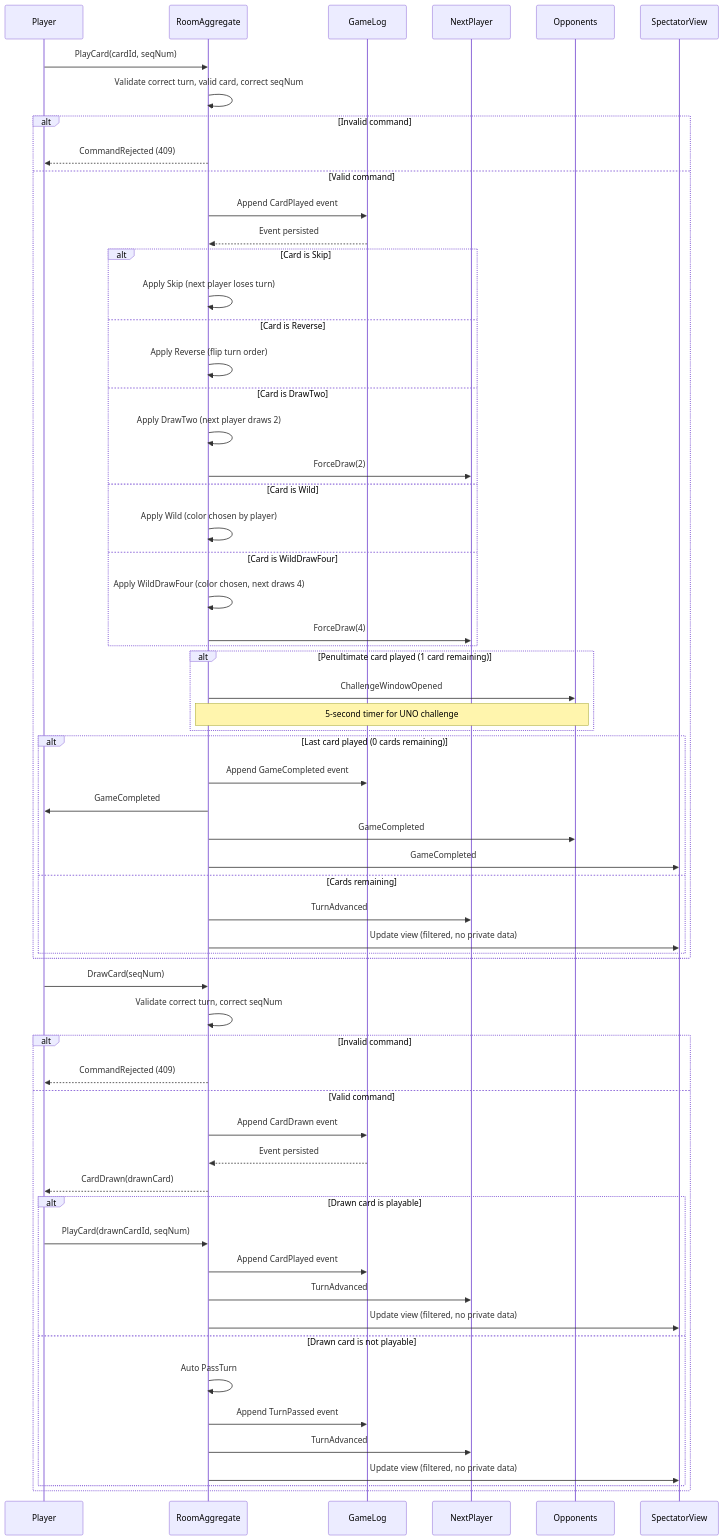
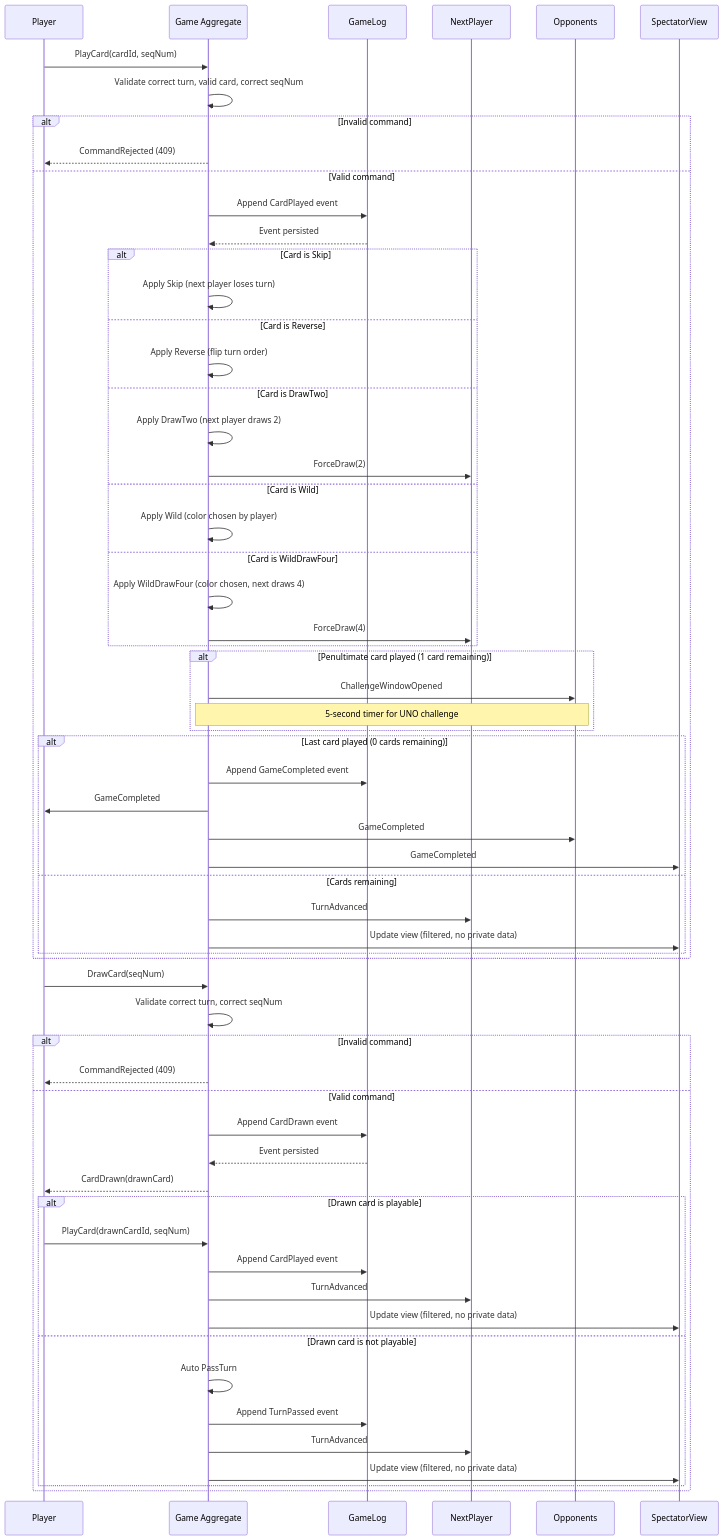
Before and after one commit to berni-245/UnoArena: the diagram in spec/diagrams/game-turn-sequence.md, drawn with Mermaid. The commit also changed 1 other file, not shown here.

Commit message:
feat(spec): rename RoomAggregate to GameAggregate and add new domain events for throttling, reconnection, cancellation, rating, and audit detection

````diff
--- a/spec/diagrams/game-turn-sequence.md
+++ b/spec/diagrams/game-turn-sequence.md
@@ -3,73 +3,73 @@
 ```mermaid
 sequenceDiagram
     participant Player
-    participant RoomAggregate
+    participant GameAggregate as Game Aggregate
     participant GameLog
     participant NextPlayer
     participant Opponents
     participant SpectatorView
 
     %% === Play Card Path ===
-    Player->>RoomAggregate: PlayCard(cardId, seqNum)
-    RoomAggregate->>RoomAggregate: Validate correct turn, valid card, correct seqNum
+    Player->>GameAggregate: PlayCard(cardId, seqNum)
+    GameAggregate->>GameAggregate: Validate correct turn, valid card, correct seqNum
 
     alt Invalid command
-        RoomAggregate-->>Player: CommandRejected (409)
+        GameAggregate-->>Player: CommandRejected (409)
     else Valid command
-        RoomAggregate->>GameLog: Append CardPlayed event
-        GameLog-->>RoomAggregate: Event persisted
+        GameAggregate->>GameLog: Append CardPlayed event
+        GameLog-->>GameAggregate: Event persisted
 
         alt Card is Skip
-            RoomAggregate->>RoomAggregate: Apply Skip (next player loses turn)
+            GameAggregate->>GameAggregate: Apply Skip (next player loses turn)
         else Card is Reverse
-            RoomAggregate->>RoomAggregate: Apply Reverse (flip turn order)
+            GameAggregate->>GameAggregate: Apply Reverse (flip turn order)
         else Card is DrawTwo
-            RoomAggregate->>RoomAggregate: Apply DrawTwo (next player draws 2)
-            RoomAggregate->>NextPlayer: ForceDraw(2)
+            GameAggregate->>GameAggregate: Apply DrawTwo (next player draws 2)
+            GameAggregate->>NextPlayer: ForceDraw(2)
         else Card is Wild
-            RoomAggregate->>RoomAggregate: Apply Wild (color chosen by player)
+            GameAggregate->>GameAggregate: Apply Wild (color chosen by player)
         else Card is WildDrawFour
-            RoomAggregate->>RoomAggregate: Apply WildDrawFour (color chosen, next draws 4)
-            RoomAggregate->>NextPlayer: ForceDraw(4)
+            GameAggregate->>GameAggregate: Apply WildDrawFour (color chosen, next draws 4)
+            GameAggregate->>NextPlayer: ForceDraw(4)
         end
 
         alt Penultimate card played (1 card remaining)
-            RoomAggregate->>Opponents: ChallengeWindowOpened
-            Note over RoomAggregate,Opponents: 5-second timer for UNO challenge
+            GameAggregate->>Opponents: ChallengeWindowOpened
+            Note over GameAggregate,Opponents: 5-second timer for UNO challenge
         end
 
         alt Last card played (0 cards remaining)
-            RoomAggregate->>GameLog: Append GameCompleted event
-            RoomAggregate->>Player: GameCompleted
-            RoomAggregate->>Opponents: GameCompleted
-            RoomAggregate->>SpectatorView: GameCompleted
+            GameAggregate->>GameLog: Append GameCompleted event
+            GameAggregate->>Player: GameCompleted
+            GameAggregate->>Opponents: GameCompleted
+            GameAggregate->>SpectatorView: GameCompleted
         else Cards remaining
-            RoomAggregate->>NextPlayer: TurnAdvanced
-            RoomAggregate->>SpectatorView: Update view (filtered, no private data)
+            GameAggregate->>NextPlayer: TurnAdvanced
+            GameAggregate->>SpectatorView: Update view (filtered, no private data)
         end
     end
 
     %% === Draw Card Path ===
-    Player->>RoomAggregate: DrawCard(seqNum)
-    RoomAggregate->>RoomAggregate: Validate correct turn, correct seqNum
+    Player->>GameAggregate: DrawCard(seqNum)
+    GameAggregate->>GameAggregate: Validate correct turn, correct seqNum
 
     alt Invalid command
-        RoomAggregate-->>Player: CommandRejected (409)
+        GameAggregate-->>Player: CommandRejected (409)
     else Valid command
-        RoomAggregate->>GameLog: Append CardDrawn event
-        GameLog-->>RoomAggregate: Event persisted
-        RoomAggregate-->>Player: CardDrawn(drawnCard)
+        GameAggregate->>GameLog: Append CardDrawn event
+        GameLog-->>GameAggregate: Event persisted
+        GameAggregate-->>Player: CardDrawn(drawnCard)
 
         alt Drawn card is playable
-            Player->>RoomAggregate: PlayCard(drawnCardId, seqNum)
-            RoomAggregate->>GameLog: Append CardPlayed event
-            RoomAggregate->>NextPlayer: TurnAdvanced
-            RoomAggregate->>SpectatorView: Update view (filtered, no private data)
+            Player->>GameAggregate: PlayCard(drawnCardId, seqNum)
+            GameAggregate->>GameLog: Append CardPlayed event
+            GameAggregate->>NextPlayer: TurnAdvanced
+            GameAggregate->>SpectatorView: Update view (filtered, no private data)
         else Drawn card is not playable
-            RoomAggregate->>RoomAggregate: Auto PassTurn
-            RoomAggregate->>GameLog: Append TurnPassed event
-            RoomAggregate->>NextPlayer: TurnAdvanced
-            RoomAggregate->>SpectatorView: Update view (filtered, no private data)
+            GameAggregate->>GameAggregate: Auto PassTurn
+            GameAggregate->>GameLog: Append TurnPassed event
+            GameAggregate->>NextPlayer: TurnAdvanced
+            GameAggregate->>SpectatorView: Update view (filtered, no private data)
         end
     end
 ```
````
